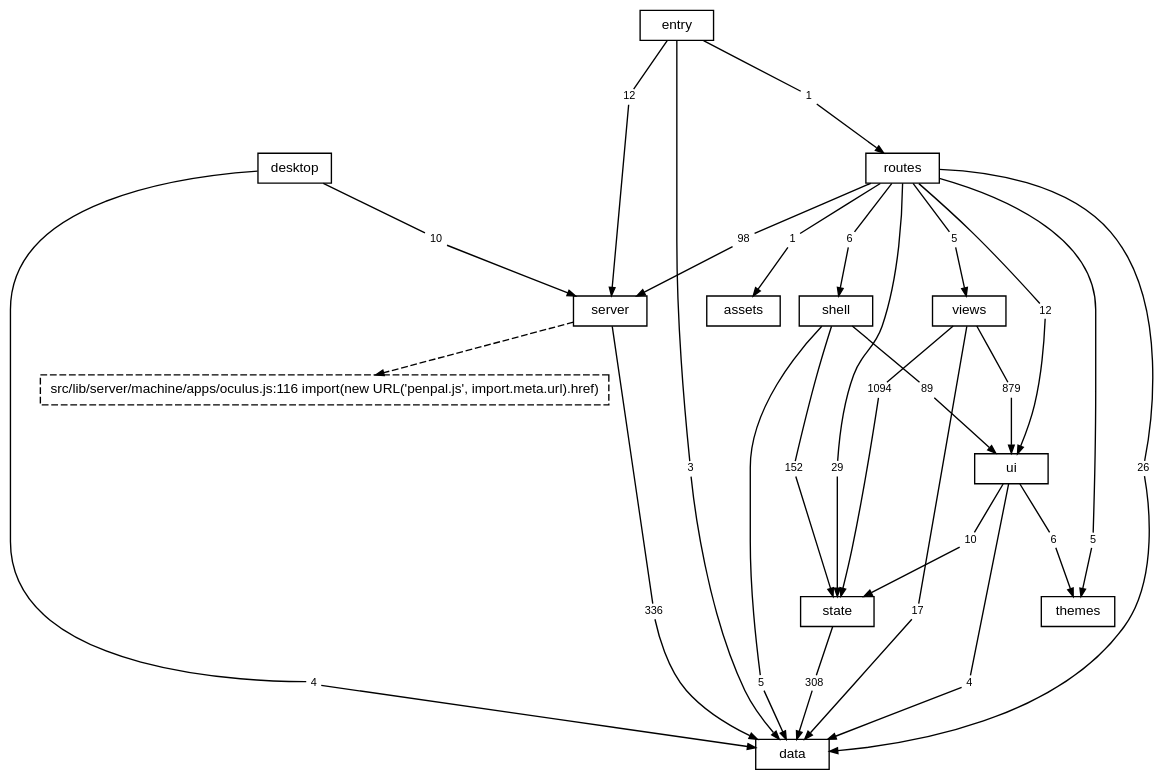
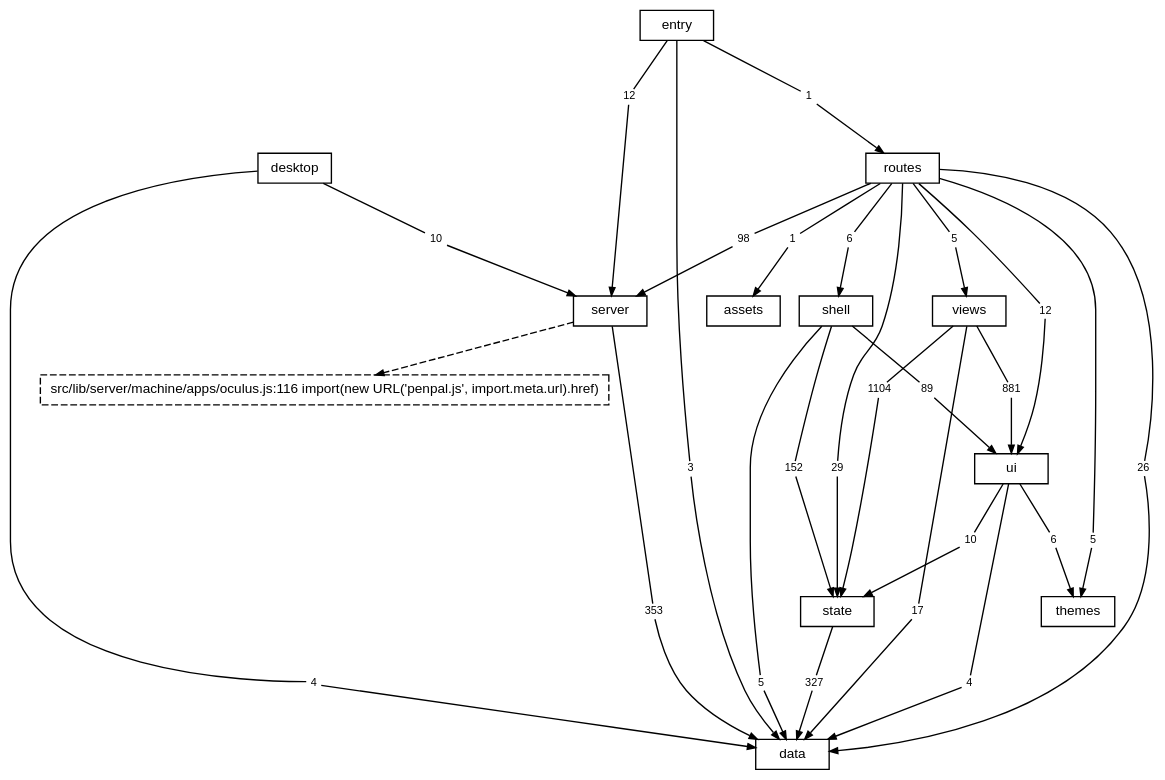
The diagram in docs/diagrams/layers.dot (TheAxeC/oculus), drawn with Graphviz before and after one commit. The commit also changed 180 other files, not shown here.

```diff
--- a/docs/diagrams/layers.dot
+++ b/docs/diagrams/layers.dot
@@ -1,90 +1,90 @@
 digraph layers {
     graph [bgcolor="transparent", rankdir=TB, newrank=true, fontname="Helvetica,Arial,sans-serif", fontsize=12, nodesep=0.2, ranksep=0.5];
     node [shape=box, color="black", fontcolor="black", fontname="Helvetica,Arial,sans-serif", fontsize=10, height=0.3, margin="0.12,0.04"];
     edge [color="black", fontcolor="black", fontname="Helvetica,Arial,sans-serif", fontsize=8, arrowsize=0.6];
     "data";
     "server";
     "state";
     "ui";
     "shell";
     "views";
     "themes";
     "routes";
     "desktop";
     "src" [label="entry"];
     "files: assets" [label="assets"];
     "? src/lib/server/machine/apps/oculus.js:116" [label="src/lib/server/machine/apps/oculus.js:116 import(new URL('penpal.js', import.meta.url).href)", style=dashed];
     "desktop to data" [label="4", shape=box, color="transparent", fontsize=8, width=0, height=0, margin="0.04,0.02"];
     "desktop" -> "desktop to data" [arrowhead=none];
     "desktop to data" -> "data" [];
     "desktop to server" [label="10", shape=box, color="transparent", fontsize=8, width=0, height=0, margin="0.04,0.02"];
     "desktop" -> "desktop to server" [arrowhead=none];
     "desktop to server" -> "server" [];
     "routes to data" [label="26", shape=box, color="transparent", fontsize=8, width=0, height=0, margin="0.04,0.02"];
     "routes" -> "routes to data" [arrowhead=none];
     "routes to data" -> "data" [];
     "routes to files: assets" [label="1", shape=box, color="transparent", fontsize=8, width=0, height=0, margin="0.04,0.02"];
     "routes" -> "routes to files: assets" [arrowhead=none];
     "routes to files: assets" -> "files: assets" [];
     "routes to server" [label="98", shape=box, color="transparent", fontsize=8, width=0, height=0, margin="0.04,0.02"];
     "routes" -> "routes to server" [arrowhead=none];
     "routes to server" -> "server" [];
     "routes to shell" [label="6", shape=box, color="transparent", fontsize=8, width=0, height=0, margin="0.04,0.02"];
     "routes" -> "routes to shell" [arrowhead=none];
     "routes to shell" -> "shell" [];
     "routes to state" [label="29", shape=box, color="transparent", fontsize=8, width=0, height=0, margin="0.04,0.02"];
     "routes" -> "routes to state" [arrowhead=none];
     "routes to state" -> "state" [];
     "routes to themes" [label="5", shape=box, color="transparent", fontsize=8, width=0, height=0, margin="0.04,0.02"];
     "routes" -> "routes to themes" [arrowhead=none];
     "routes to themes" -> "themes" [];
     "routes to ui" [label="12", shape=box, color="transparent", fontsize=8, width=0, height=0, margin="0.04,0.02"];
     "routes" -> "routes to ui" [arrowhead=none];
     "routes to ui" -> "ui" [];
     "routes to views" [label="5", shape=box, color="transparent", fontsize=8, width=0, height=0, margin="0.04,0.02"];
     "routes" -> "routes to views" [arrowhead=none];
     "routes to views" -> "views" [];
-    "server to data" [label="336", shape=box, color="transparent", fontsize=8, width=0, height=0, margin="0.04,0.02"];
+    "server to data" [label="353", shape=box, color="transparent", fontsize=8, width=0, height=0, margin="0.04,0.02"];
     "server" -> "server to data" [arrowhead=none];
     "server to data" -> "data" [];
     "shell to data" [label="5", shape=box, color="transparent", fontsize=8, width=0, height=0, margin="0.04,0.02"];
     "shell" -> "shell to data" [arrowhead=none];
     "shell to data" -> "data" [];
     "shell to state" [label="152", shape=box, color="transparent", fontsize=8, width=0, height=0, margin="0.04,0.02"];
     "shell" -> "shell to state" [arrowhead=none];
     "shell to state" -> "state" [];
     "shell to ui" [label="89", shape=box, color="transparent", fontsize=8, width=0, height=0, margin="0.04,0.02"];
     "shell" -> "shell to ui" [arrowhead=none];
     "shell to ui" -> "ui" [];
     "src to data" [label="3", shape=box, color="transparent", fontsize=8, width=0, height=0, margin="0.04,0.02"];
     "src" -> "src to data" [arrowhead=none];
     "src to data" -> "data" [];
     "src to routes" [label="1", shape=box, color="transparent", fontsize=8, width=0, height=0, margin="0.04,0.02"];
     "src" -> "src to routes" [arrowhead=none];
     "src to routes" -> "routes" [];
     "src to server" [label="12", shape=box, color="transparent", fontsize=8, width=0, height=0, margin="0.04,0.02"];
     "src" -> "src to server" [arrowhead=none];
     "src to server" -> "server" [];
-    "state to data" [label="308", shape=box, color="transparent", fontsize=8, width=0, height=0, margin="0.04,0.02"];
+    "state to data" [label="327", shape=box, color="transparent", fontsize=8, width=0, height=0, margin="0.04,0.02"];
     "state" -> "state to data" [arrowhead=none];
     "state to data" -> "data" [];
     "ui to data" [label="4", shape=box, color="transparent", fontsize=8, width=0, height=0, margin="0.04,0.02"];
     "ui" -> "ui to data" [arrowhead=none];
     "ui to data" -> "data" [];
     "ui to state" [label="10", shape=box, color="transparent", fontsize=8, width=0, height=0, margin="0.04,0.02"];
     "ui" -> "ui to state" [arrowhead=none];
     "ui to state" -> "state" [];
     "ui to themes" [label="6", shape=box, color="transparent", fontsize=8, width=0, height=0, margin="0.04,0.02"];
     "ui" -> "ui to themes" [arrowhead=none];
     "ui to themes" -> "themes" [];
     "views to data" [label="17", shape=box, color="transparent", fontsize=8, width=0, height=0, margin="0.04,0.02"];
     "views" -> "views to data" [arrowhead=none];
     "views to data" -> "data" [];
-    "views to state" [label="1094", shape=box, color="transparent", fontsize=8, width=0, height=0, margin="0.04,0.02"];
+    "views to state" [label="1104", shape=box, color="transparent", fontsize=8, width=0, height=0, margin="0.04,0.02"];
     "views" -> "views to state" [arrowhead=none];
     "views to state" -> "state" [];
-    "views to ui" [label="879", shape=box, color="transparent", fontsize=8, width=0, height=0, margin="0.04,0.02"];
+    "views to ui" [label="881", shape=box, color="transparent", fontsize=8, width=0, height=0, margin="0.04,0.02"];
     "views" -> "views to ui" [arrowhead=none];
     "views to ui" -> "ui" [];
     "server" -> "? src/lib/server/machine/apps/oculus.js:116" [style=dashed];
 }
```
